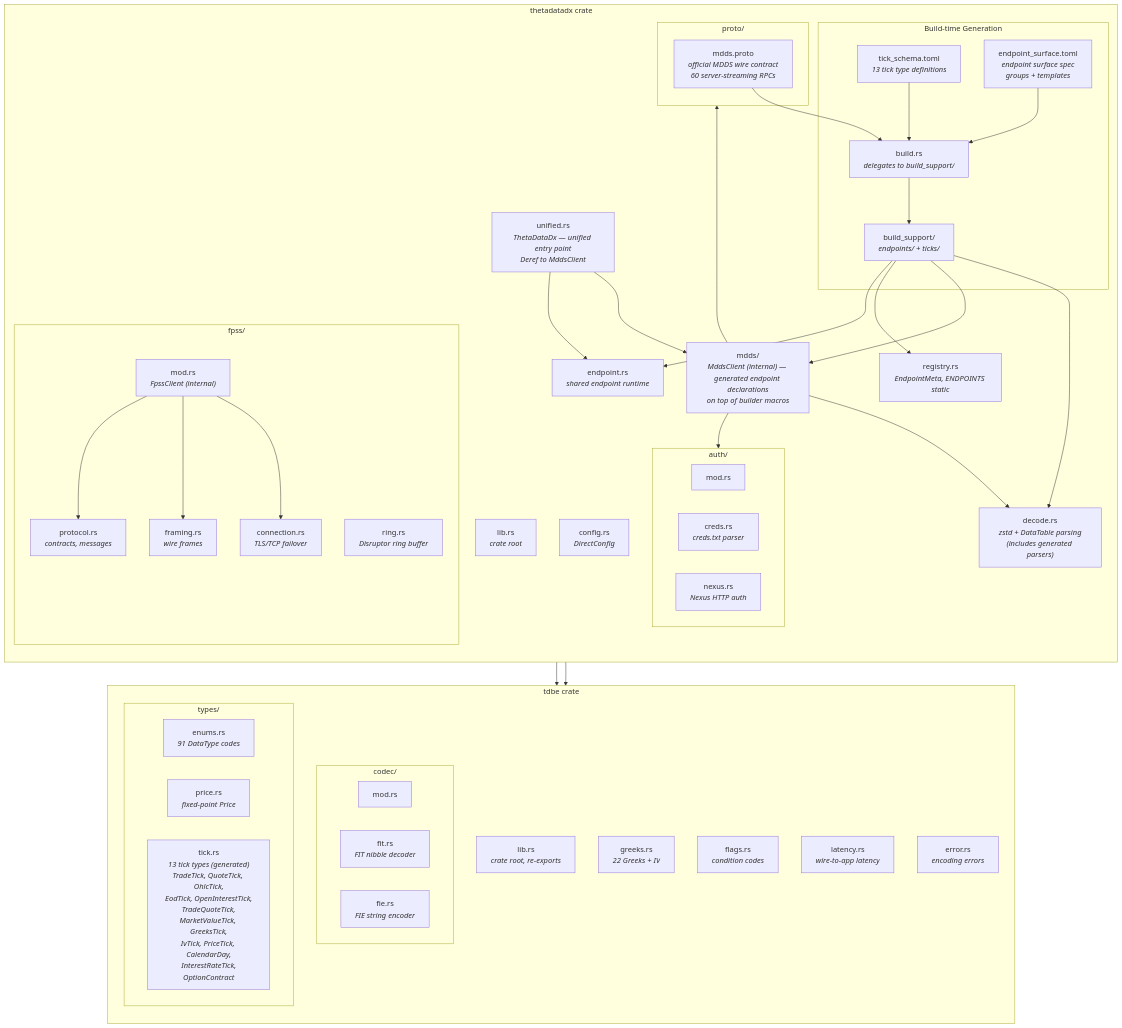
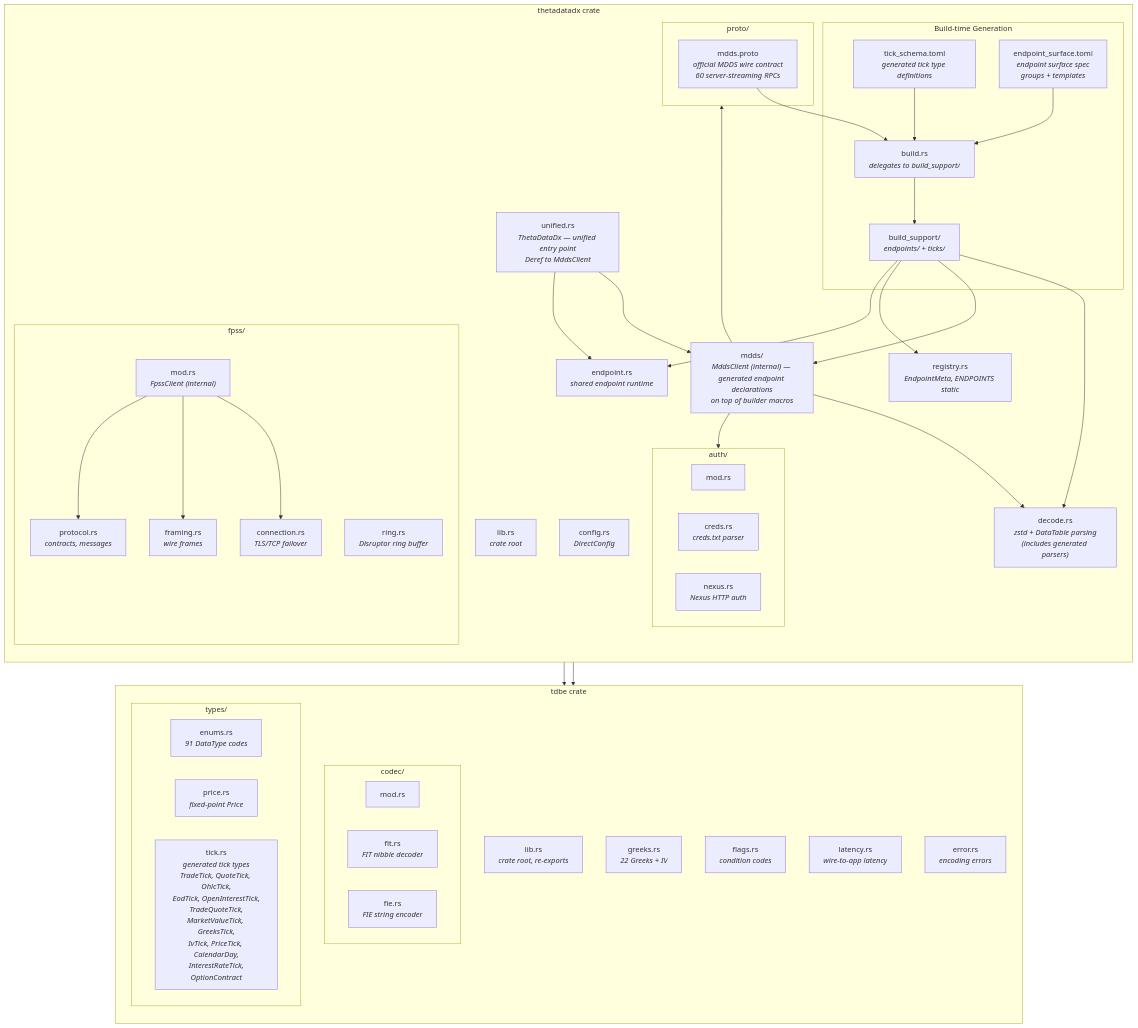
Diagram 15 of 15 in docs/architecture.md (userFRM/ThetaDataDx), drawn with Mermaid before and after one commit. The commit also changed other lines of this file and 85 other files, not shown here.

````diff
--- a/docs/architecture.md
+++ b/docs/architecture.md
@@ -510,80 +510,80 @@
 ```mermaid
 graph TD
     subgraph "tdbe crate"
         direction TB
         TDBE_LIB["lib.rs<br/><i>crate root, re-exports</i>"]
 
         subgraph tdbe_codec["codec/"]
             C_MOD["mod.rs"]
             C_FIT["fit.rs<br/><i>FIT nibble decoder</i>"]
             C_FIE["fie.rs<br/><i>FIE string encoder</i>"]
         end
 
         subgraph tdbe_types["types/"]
             T_ENUM["enums.rs<br/><i>91 DataType codes</i>"]
             T_PRICE["price.rs<br/><i>fixed-point Price</i>"]
-            T_TICK["tick.rs<br/><i>13 tick types (generated)<br/>TradeTick, QuoteTick, OhlcTick,<br/>EodTick, OpenInterestTick,<br/>TradeQuoteTick,<br/>MarketValueTick, GreeksTick,<br/>IvTick, PriceTick, CalendarDay,<br/>InterestRateTick,<br/>OptionContract</i>"]
+            T_TICK["tick.rs<br/><i>generated tick types<br/>TradeTick, QuoteTick, OhlcTick,<br/>EodTick, OpenInterestTick,<br/>TradeQuoteTick,<br/>MarketValueTick, GreeksTick,<br/>IvTick, PriceTick, CalendarDay,<br/>InterestRateTick,<br/>OptionContract</i>"]
         end
 
         TDBE_GREEKS["greeks.rs<br/><i>22 Greeks + IV</i>"]
         TDBE_FLAGS["flags.rs<br/><i>condition codes</i>"]
         TDBE_LATENCY["latency.rs<br/><i>wire-to-app latency</i>"]
         TDBE_ERROR["error.rs<br/><i>encoding errors</i>"]
     end
 
     subgraph "thetadatadx crate"
         direction TB
         LIB["lib.rs<br/><i>crate root</i>"]
 
         subgraph auth["auth/"]
             A_MOD["mod.rs"]
             A_CREDS["creds.rs<br/><i>creds.txt parser</i>"]
             A_NEXUS["nexus.rs<br/><i>Nexus HTTP auth</i>"]
         end
 
         subgraph fpss["fpss/"]
             F_MOD["mod.rs<br/><i>FpssClient (internal)</i>"]
             F_CONN["connection.rs<br/><i>TLS/TCP failover</i>"]
             F_FRAME["framing.rs<br/><i>wire frames</i>"]
             F_PROTO["protocol.rs<br/><i>contracts, messages</i>"]
             F_RING["ring.rs<br/><i>Disruptor ring buffer</i>"]
         end
 
         UNIFIED["unified.rs<br/><i>ThetaDataDx — unified entry point<br/>Deref to MddsClient</i>"]
         DIRECT["mdds/<br/><i>MddsClient (internal) — generated endpoint declarations<br/>on top of builder macros</i>"]
         ENDPOINT_RT["endpoint.rs<br/><i>shared endpoint runtime</i>"]
         CONFIG["config.rs<br/><i>DirectConfig</i>"]
         DECODE["decode.rs<br/><i>zstd + DataTable parsing<br/>(includes generated parsers)</i>"]
         REGISTRY["registry.rs<br/><i>EndpointMeta, ENDPOINTS static</i>"]
 
         subgraph codegen["Build-time Generation"]
-            SCHEMA["tick_schema.toml<br/><i>13 tick type definitions</i>"]
+            SCHEMA["tick_schema.toml<br/><i>generated tick type definitions</i>"]
             SURFACE["endpoint_surface.toml<br/><i>endpoint surface spec<br/>groups + templates</i>"]
             BUILD["build.rs<br/><i>delegates to build_support/</i>"]
             SUPPORT["build_support/<br/><i>endpoints/ + ticks/</i>"]
         end
 
         subgraph proto["proto/"]
             P_EXT["mdds.proto<br/><i>official MDDS wire contract<br/>60 server-streaming RPCs</i>"]
         end
     end
 
     LIB --> TDBE_LIB
     UNIFIED --> DIRECT
     UNIFIED --> ENDPOINT_RT
     DIRECT --> auth
     DIRECT --> DECODE
     DIRECT --> proto
     SCHEMA --> BUILD
     SURFACE --> BUILD
     P_EXT --> BUILD
     BUILD --> SUPPORT
     SUPPORT --> DECODE
     SUPPORT --> DIRECT
     SUPPORT --> REGISTRY
     SUPPORT --> ENDPOINT_RT
     F_MOD --> tdbe_codec
     F_MOD --> F_CONN
     F_MOD --> F_FRAME
     F_MOD --> F_PROTO
 ```
````
